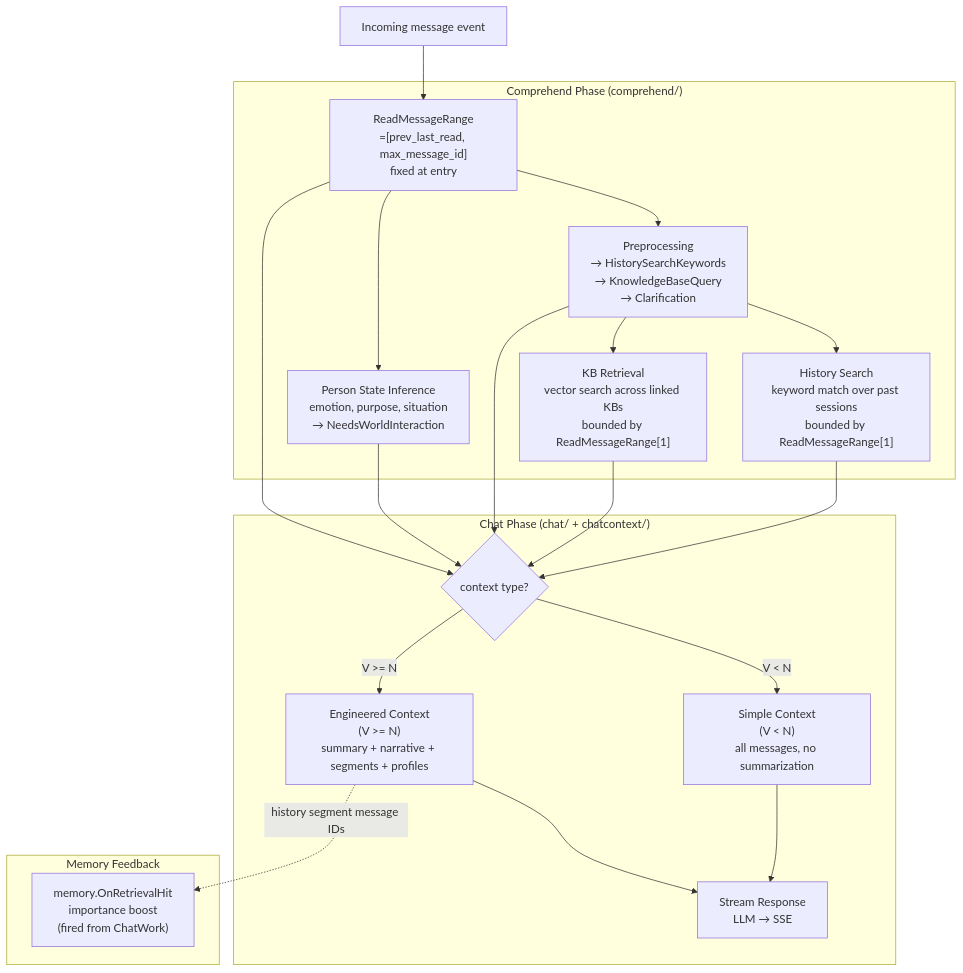
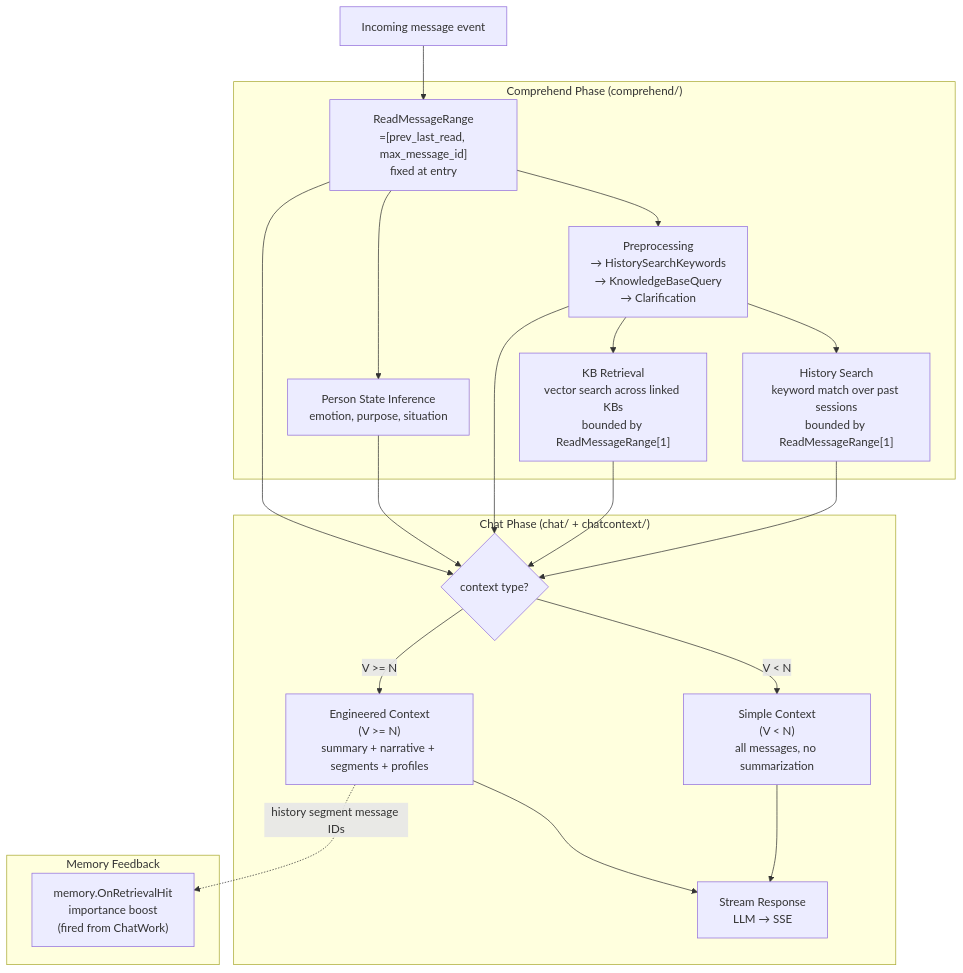
The first of 9 diagrams in doc/engineering_implements/context-engineering-pipeline.md (KoanJan/qingqiu-world), drawn with Mermaid before and after one commit. The commit also changed other lines of this file and 36 other files, not shown here.

````diff
--- a/doc/engineering_implements/context-engineering-pipeline.md
+++ b/doc/engineering_implements/context-engineering-pipeline.md
@@ -7,37 +7,37 @@
 ```mermaid
 graph TB
     subgraph "Comprehend Phase (comprehend/)"
         Range["ReadMessageRange<br/>=[prev_last_read, max_message_id]<br/>fixed at entry"]
         Preproc["Preprocessing<br/>→ HistorySearchKeywords<br/>→ KnowledgeBaseQuery<br/>→ Clarification"]
-        PersonState["Person State Inference<br/>emotion, purpose, situation<br/>→ NeedsWorldInteraction"]
+        PersonState["Person State Inference<br/>emotion, purpose, situation"]
         HistorySearch["History Search<br/>keyword match over past sessions<br/>bounded by ReadMessageRange[1]"]
         KBRetrieval["KB Retrieval<br/>vector search across linked KBs<br/>bounded by ReadMessageRange[1]"]
     end
 
     subgraph "Chat Phase (chat/ + chatcontext/)"
         Assembly{"context type?"}
         Simple["Simple Context<br/>(V < N)<br/>all messages, no summarization"]
         Engineered["Engineered Context<br/>(V >= N)<br/>summary + narrative + segments + profiles"]
         Stream["Stream Response<br/>LLM → SSE"]
     end
 
     subgraph "Memory Feedback"
         OnHit["memory.OnRetrievalHit<br/>importance boost<br/>(fired from ChatWork)"]
     end
 
     Event["Incoming message event"] --> Range
     Range --> Preproc
     Range --> PersonState
     Preproc --> HistorySearch
     Preproc --> KBRetrieval
     Range --> Assembly
     Preproc --> Assembly
     PersonState --> Assembly
     HistorySearch --> Assembly
     KBRetrieval --> Assembly
     Assembly -->|V < N| Simple
     Assembly -->|V >= N| Engineered
     Simple --> Stream
     Engineered --> Stream
     Engineered -.history segment message IDs.-> OnHit
 ```
````
